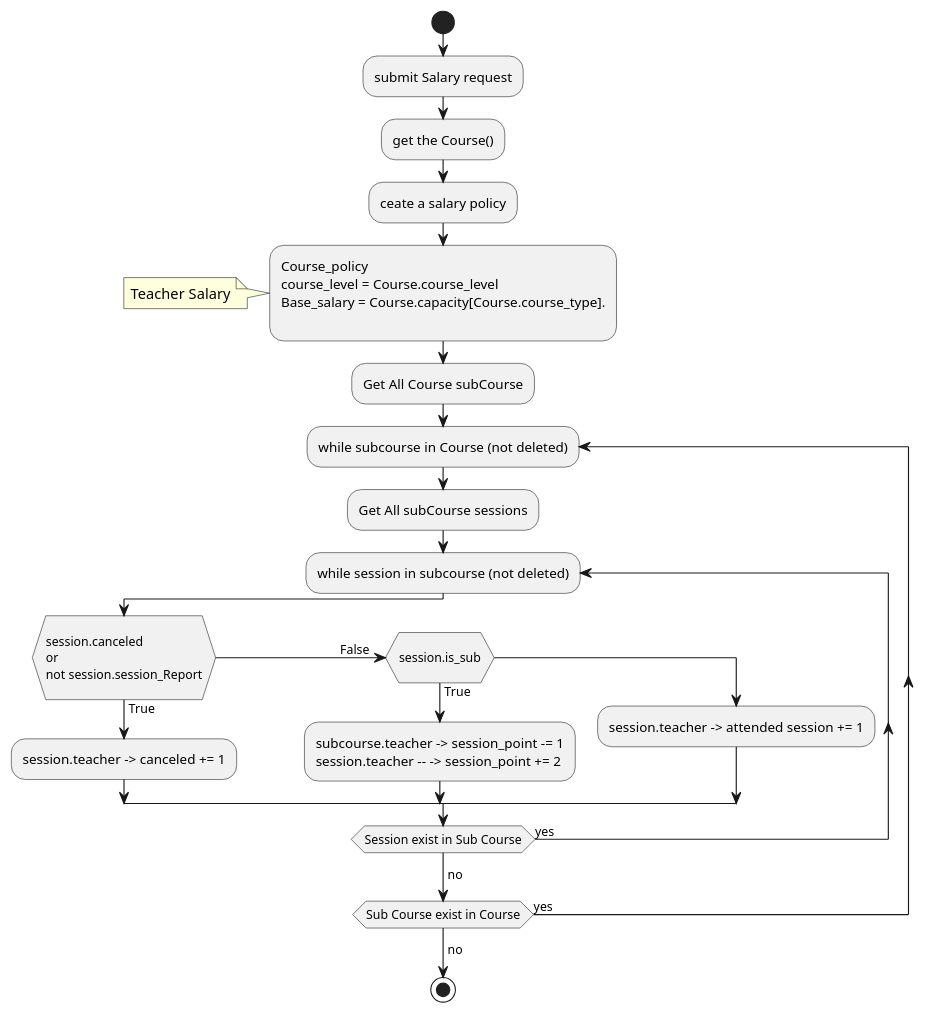
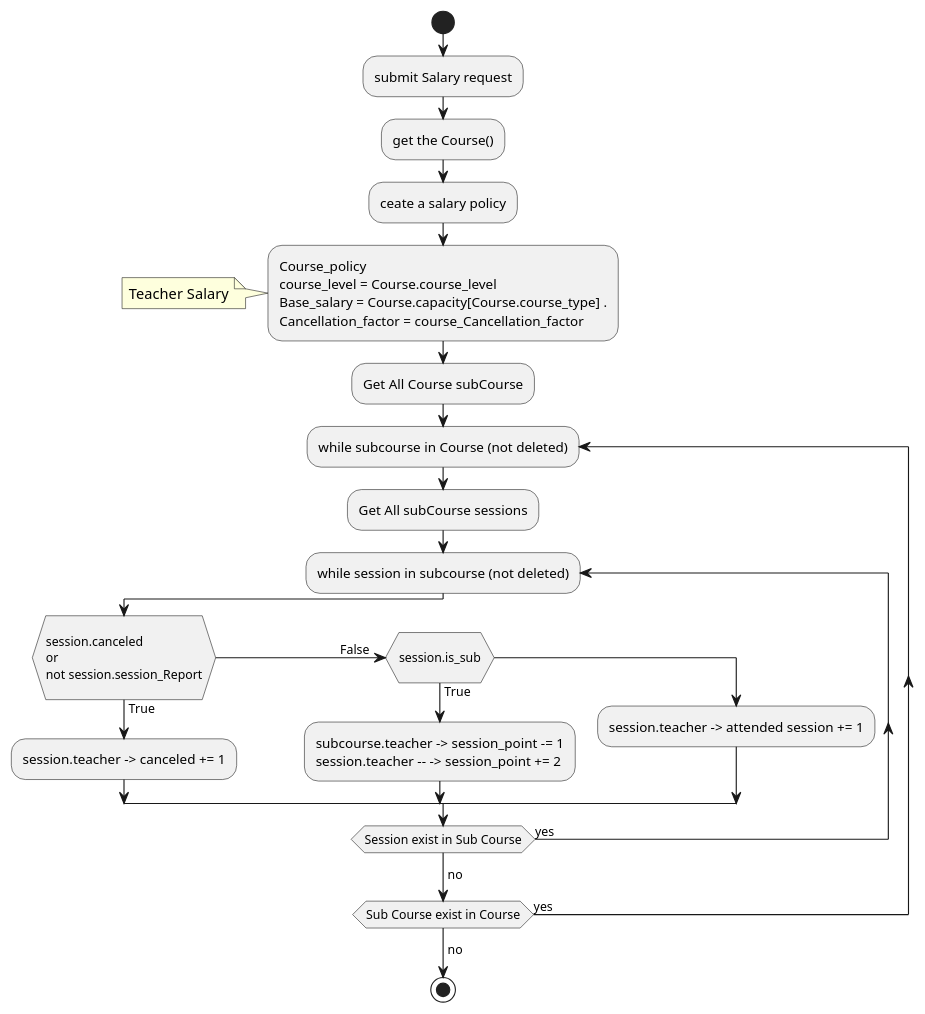
Before and after one commit to ashkanramedani/accounting: the third of 3 diagrams in api/Diagram/TeacherSalary.puml, drawn with PlantUML. The commit also changed other lines of this file and 8 other files, not shown here.

```diff
--- a/api/Diagram/TeacherSalary.puml
+++ b/api/Diagram/TeacherSalary.puml
@@ -1,41 +29,39 @@
 @startuml
-'https://plantuml.com/activity-diagram-beta
-
 start
 :submit Salary request;
 :get the Course();
 :ceate a salary policy;
 :Course_policy
 course_level = Course.course_level
-Base_salary = Course.capacity[Course.course_type].
-;
+Base_salary = Course.capacity[Course.course_type] .
+Cancellation_factor = course_Cancellation_factor;
 
 note
 Teacher Salary
 end note
 :Get All Course subCourse;
 repeat :while subcourse in Course (not deleted);
     :Get All subCourse sessions;
     repeat :while session in subcourse (not deleted);
 
 if (
 session.canceled
 or
 not session.session_Report
 ) then (True)
             :session.teacher -> canceled += 1;
         (False     )elseif (
 session.is_sub
         ) then (True)
             :subcourse.teacher -> session_point -= 1
             session.teacher -- -> session_point += 2;
         else
             :session.teacher -> attended session += 1;
         endif
     repeat while (Session exist in Sub Course) is (yes)
     ->no;
 repeat while (Sub Course exist in Course) is (yes)
 ->no;
 stop
 
 @enduml
```
